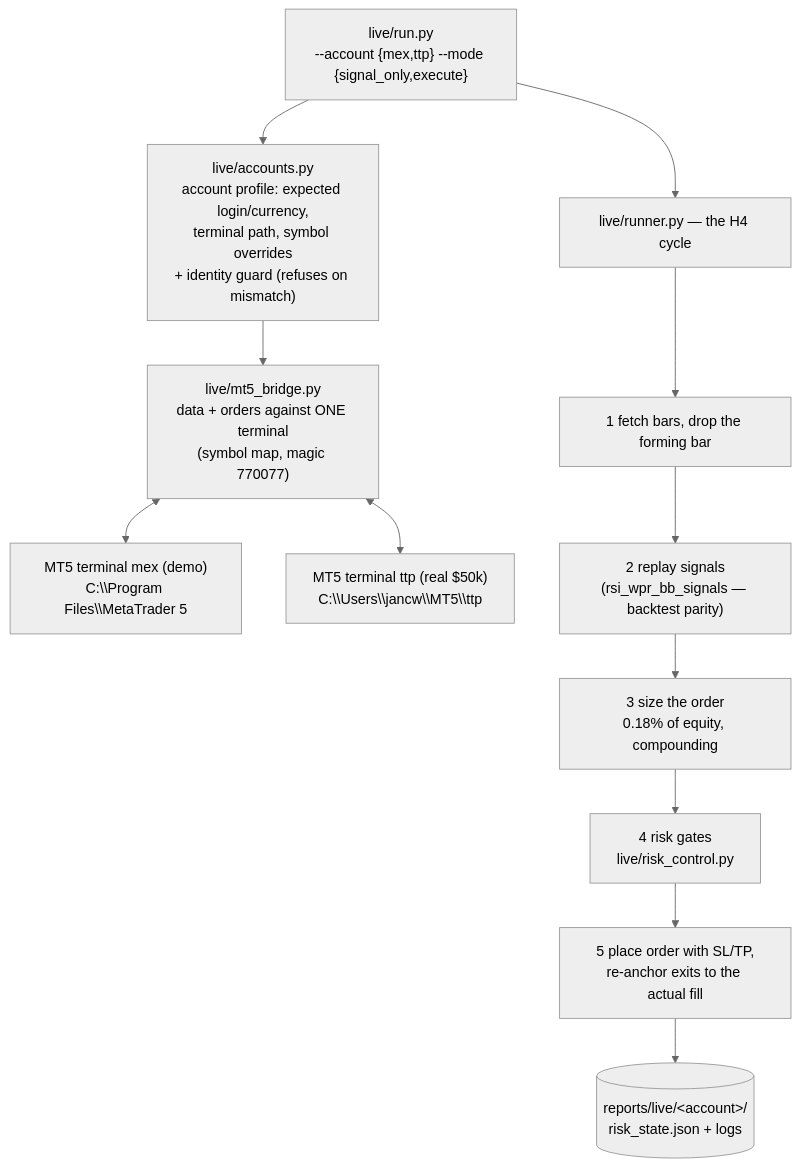
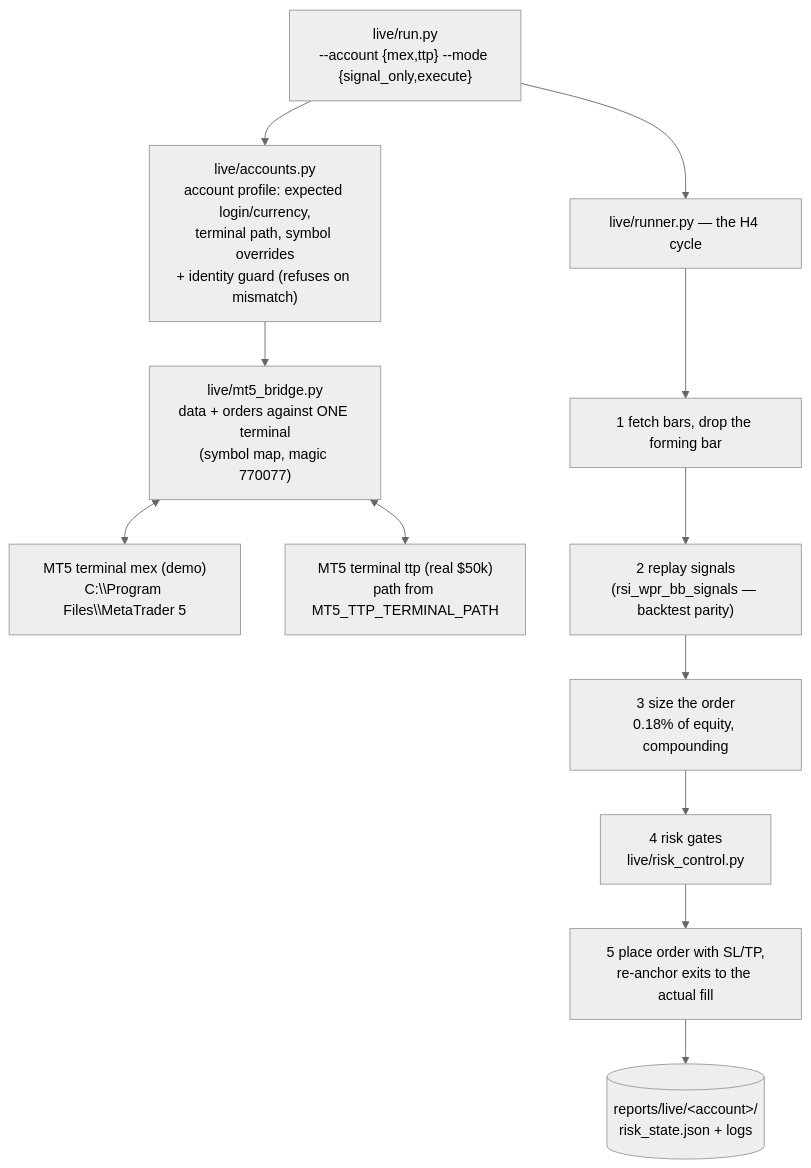
Before and after one commit to QPlus-Capital/trading-system: the third of 5 diagrams in docs/architecture.md, drawn with Mermaid (neutral theme). The commit also changed other lines of this file and 358 other files, not shown here.

````diff
--- a/docs/architecture.md
+++ b/docs/architecture.md
@@ -127,16 +127,16 @@
 ```mermaid
 flowchart TD
     CLI["live/run.py<br/>--account {mex,ttp} --mode {signal_only,execute}"]
     CLI --> ACC["live/accounts.py<br/>account profile: expected login/currency,<br/>terminal path, symbol overrides<br/>+ identity guard (refuses on mismatch)"]
     ACC --> BRIDGE["live/mt5_bridge.py<br/>data + orders against ONE terminal<br/>(symbol map, magic 770077)"]
     BRIDGE <--> MT5A["MT5 terminal mex (demo)<br/>C:\\Program Files\\MetaTrader 5"]
-    BRIDGE <--> MT5B["MT5 terminal ttp (real $50k)<br/>C:\\Users\\jancw\\MT5\\ttp"]
+    BRIDGE <--> MT5B["MT5 terminal ttp (real $50k)<br/>path from MT5_TTP_TERMINAL_PATH"]
 
     CLI --> RUNNER["live/runner.py — the H4 cycle"]
     RUNNER --> C1["1 fetch bars, drop the forming bar"]
     C1 --> C2["2 replay signals<br/>(rsi_wpr_bb_signals — backtest parity)"]
     C2 --> C3["3 size the order<br/>0.18% of equity, compounding"]
     C3 --> C4["4 risk gates<br/>live/risk_control.py"]
     C4 --> C5["5 place order with SL/TP,<br/>re-anchor exits to the actual fill"]
     C5 --> STATE[("reports/live/&lt;account&gt;/<br/>risk_state.json + logs")]
 ```
````
